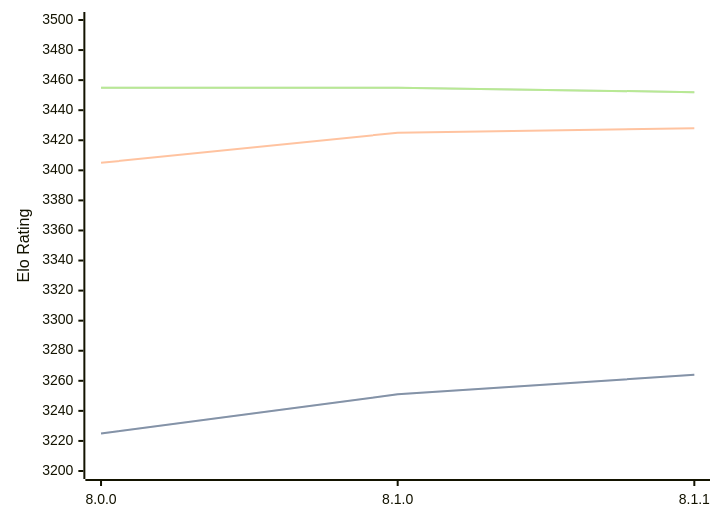
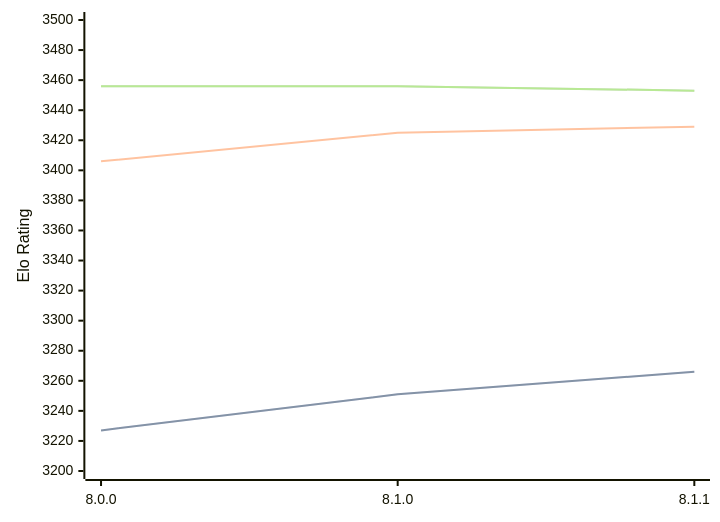
The third of 3 diagrams in engines/Velvet.md (computer-chess-index/cci), drawn with Mermaid before and after one commit. The commit also changed other lines of this file, not shown here.

Commit message:
Update CCI Ratings (ELO VLTC) - 2026-06-22

````diff
--- a/engines/Velvet.md
+++ b/engines/Velvet.md
@@ -90,11 +90,11 @@
 ```mermaid
 %%{init: {"theme":"base","themeVariables":{"seriesColors:['#a3a3a3','#222221','#faa371']}}}%%
 xychart-beta
   x-axis ["8.0.0", "8.1.0", "8.1.1"]
   y-axis "Elo Rating" 3200 --> 3500
-  line "STC (8.0+0.08s)" [3225, 3251, 3264]
-  line "STC (8.0+0.08s)" [3225, 3251, 3264]
-  line "LTC (60.0+0.60s)" [3405, 3425, 3428]
-  line "VLTC (2m24s+1.12s)" [3455, 3455, 3452]
-  line "VLTC (2m24s+1.12s)" [3455, 3455, 3452]
+  line "STC (8.0+0.08s)" [3227, 3251, 3266]
+  line "STC (8.0+0.08s)" [3227, 3251, 3266]
+  line "LTC (60.0+0.60s)" [3406, 3425, 3429]
+  line "VLTC (2m24s+1.12s)" [3456, 3456, 3453]
+  line "VLTC (2m24s+1.12s)" [3456, 3456, 3453]
 ```
````
